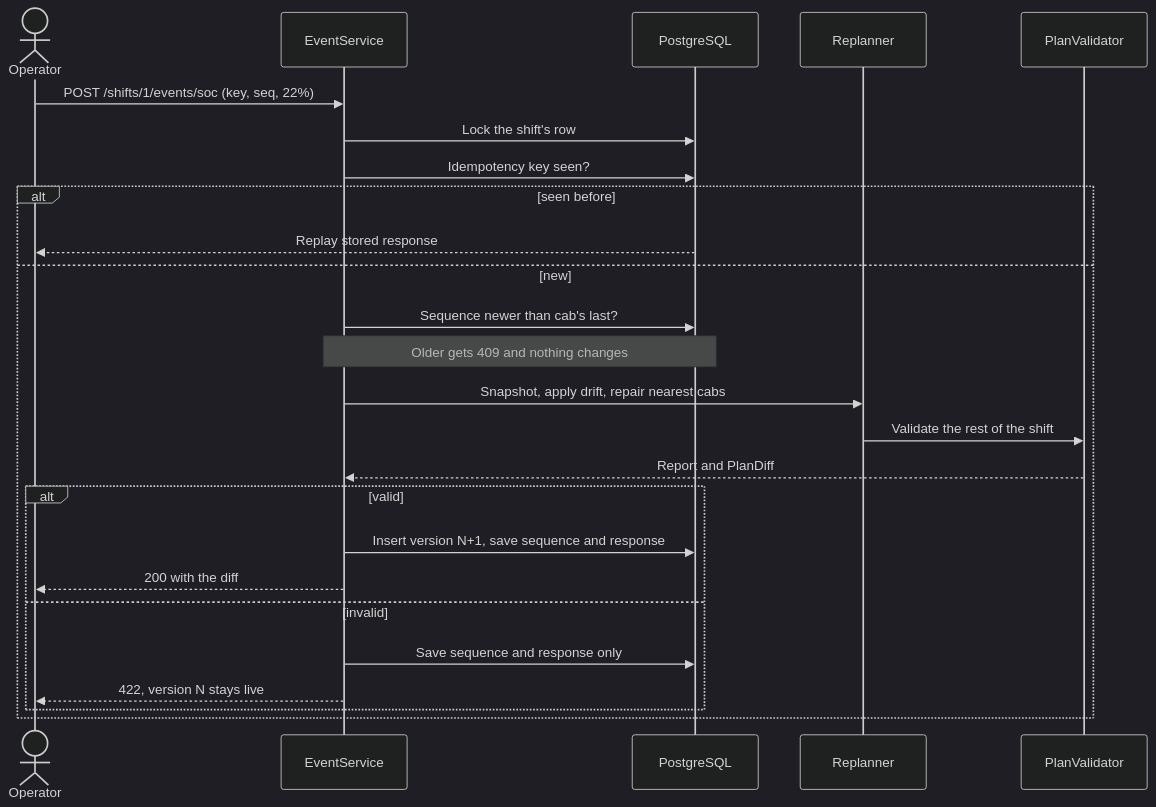
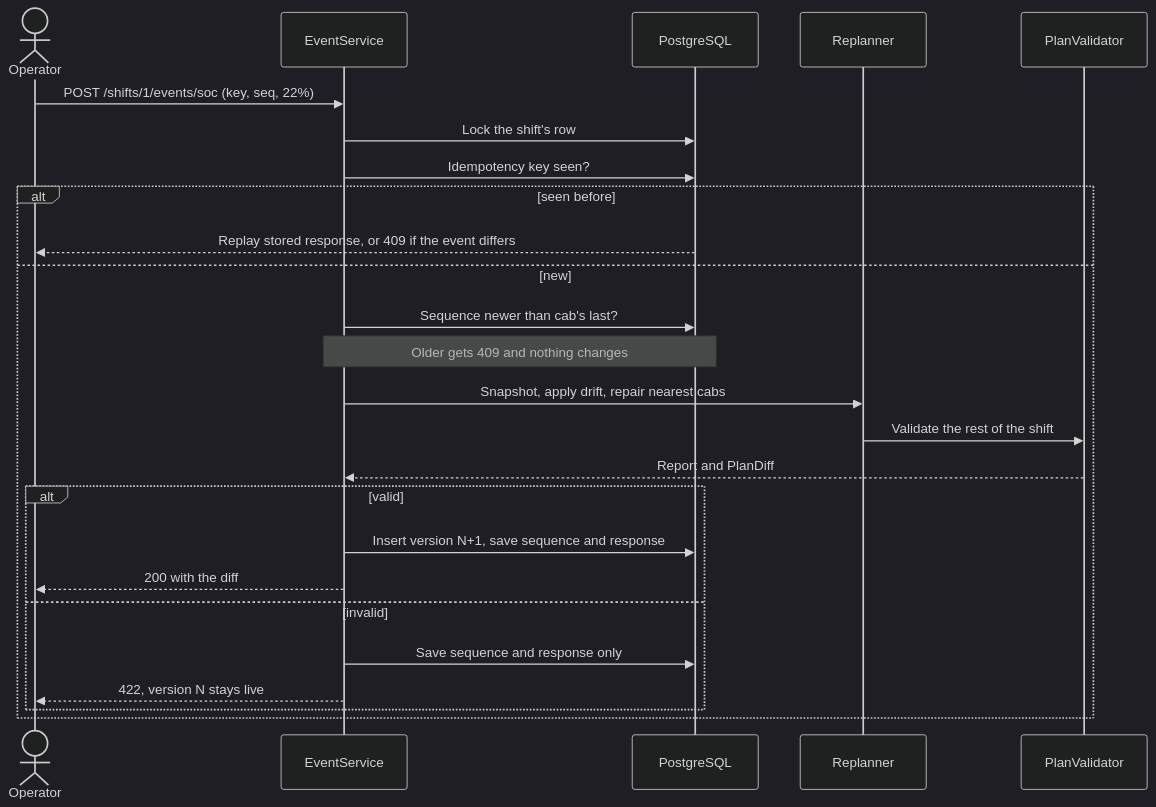
Before and after one commit to haryshwa-1/ev-fleet-planner: the second of 2 diagrams in DESIGN.md, drawn with Mermaid (dark theme). The commit also changed other lines of this file and 4 other files, not shown here.

````diff
--- a/DESIGN.md
+++ b/DESIGN.md
@@ -52,27 +63,27 @@
 ```mermaid
 sequenceDiagram
     actor Op as Operator
     participant E as EventService
     participant DB as PostgreSQL
     participant R as Replanner
     participant V as PlanValidator
     Op->>E: POST /shifts/1/events/soc (key, seq, 22%)
     E->>DB: Lock the shift's row
     E->>DB: Idempotency key seen?
     alt seen before
-        DB-->>Op: Replay stored response
+        DB-->>Op: Replay stored response, or 409 if the event differs
     else new
         E->>DB: Sequence newer than cab's last?
         Note over E,DB: Older gets 409 and nothing changes
         E->>R: Snapshot, apply drift, repair nearest cabs
         R->>V: Validate the rest of the shift
         V-->>E: Report and PlanDiff
         alt valid
             E->>DB: Insert version N+1, save sequence and response
             E-->>Op: 200 with the diff
         else invalid
             E->>DB: Save sequence and response only
             E-->>Op: 422, version N stays live
         end
     end
 ```
````
